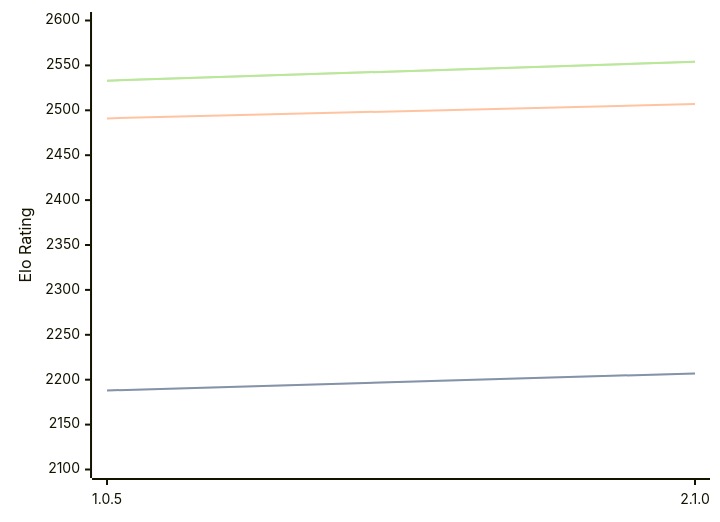
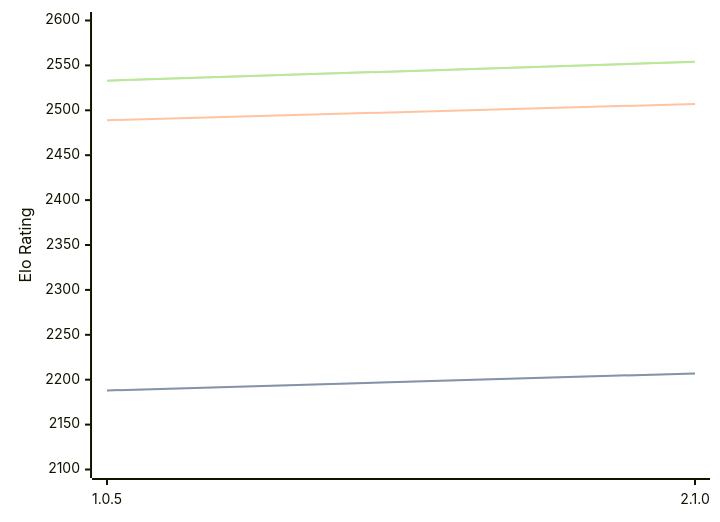
The diagram in engines/Ruffian.md (computer-chess-index/cci), drawn with Mermaid before and after one commit. The commit also changed other lines of this file, not shown here.

````diff
--- a/engines/Ruffian.md
+++ b/engines/Ruffian.md
@@ -32,11 +32,11 @@
 ```mermaid
 %%{init: {"theme":"base","themeVariables":{"seriesColors:['#a3a3a3','#222221','#faa371']}}}%%
 xychart-beta
   x-axis ["1.0.5", "2.1.0"]
   y-axis "Elo Rating" 2100 --> 2600
   line "STC (8.0+0.08s)" [2188, 2207]
   line "STC (8.0+0.08s)" [2188, 2207]
-  line "LTC (60.0+0.60s)" [2491, 2507]
+  line "LTC (60.0+0.60s)" [2489, 2507]
   line "VLTC (2m24s+1.12s)" [2533, 2554]
   line "VLTC (2m24s+1.12s)" [2533, 2554]
 ```
````
